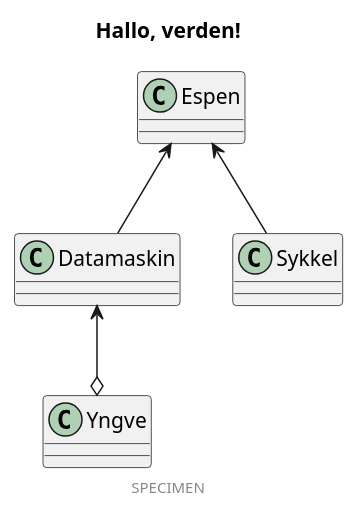
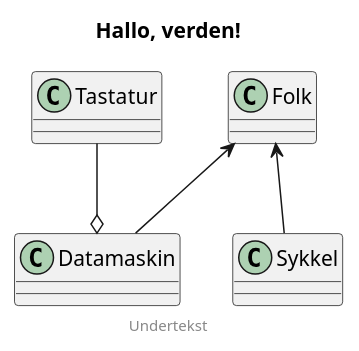
One commit to HL7Norway/ig-mal changed the diagram in mal/input/images/test.puml. Above: the diagram before and after it, drawn with PlantUML. The commit also changed 15 other files, not shown here.

```diff
--- a/mal/input/images/test.puml
+++ b/mal/input/images/test.puml
@@ -1,15 +1,15 @@
 @startuml
 
 title Hallo, verden!
-footer SPECIMEN
+footer Undertekst
 
-class Espen
+class Folk
 class Datamaskin
 class Sykkel
-class Yngve
+class Tastatur
 
-Espen <-- Datamaskin
-Espen <-- Sykkel
-Datamaskin <--o Yngve
+Folk <-- Datamaskin
+Folk <-- Sykkel
+Tastatur --o Datamaskin
 
 @enduml
```
